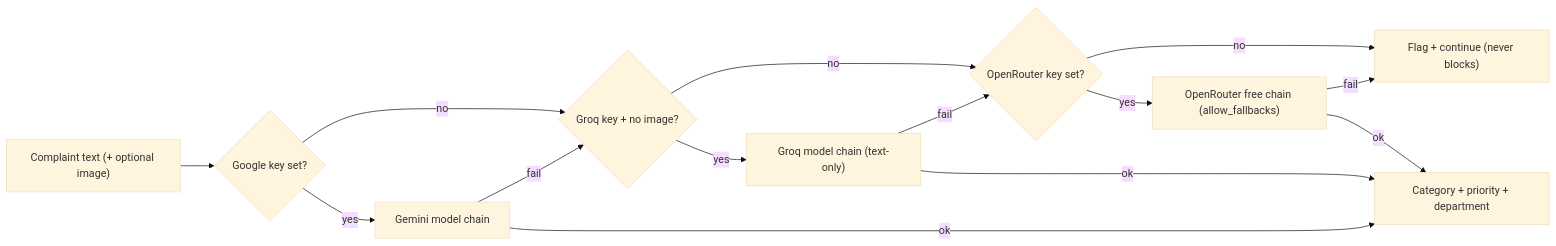
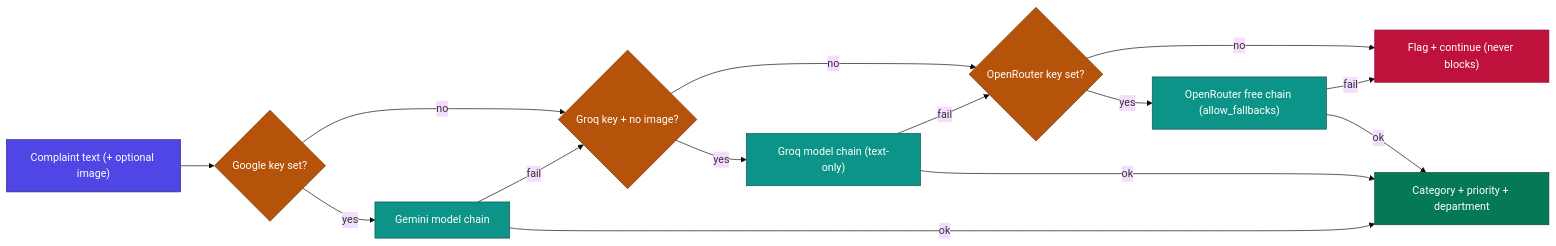
The sixth of 8 diagrams in README.md (tushar-mahalya/Jan-Setu), drawn with Mermaid (base theme) before and after one commit. The commit also changed other lines of this file, not shown here.

Commit message:
chore: enhance flowchart styling in README for better clarity

````diff
--- a/README.md
+++ b/README.md
@@ -327,16 +359,27 @@
 ```mermaid
 flowchart LR
     IN["Complaint text (+ optional image)"] --> G{"Google key set?"}
     G -- "yes" --> GEM["Gemini model chain"]
     GEM -->|"fail"| GR
     G -- "no" --> GR{"Groq key + no image?"}
     GR -- "yes" --> GROQ["Groq model chain (text-only)"]
     GROQ -->|"fail"| OR
     GR -- "no" --> OR{"OpenRouter key set?"}
     OR -- "yes" --> ORT["OpenRouter free chain (allow_fallbacks)"]
     ORT -->|"fail"| DEGRADE
     OR -- "no" --> DEGRADE["Flag + continue (never blocks)"]
     GEM -->|"ok"| OUT["Category + priority + department"]
     GROQ -->|"ok"| OUT
     ORT -->|"ok"| OUT
+
+    classDef input fill:#4f46e5,stroke:#312e81,color:#ffffff;
+    classDef decision fill:#b45309,stroke:#78350f,color:#ffffff;
+    classDef provider fill:#0d9488,stroke:#134e4a,color:#ffffff;
+    classDef success fill:#047857,stroke:#064e3b,color:#ffffff;
+    classDef fail fill:#be123c,stroke:#881337,color:#ffffff;
+    class IN input;
+    class G,GR,OR decision;
+    class GEM,GROQ,ORT provider;
+    class OUT success;
+    class DEGRADE fail;
 ```
````
